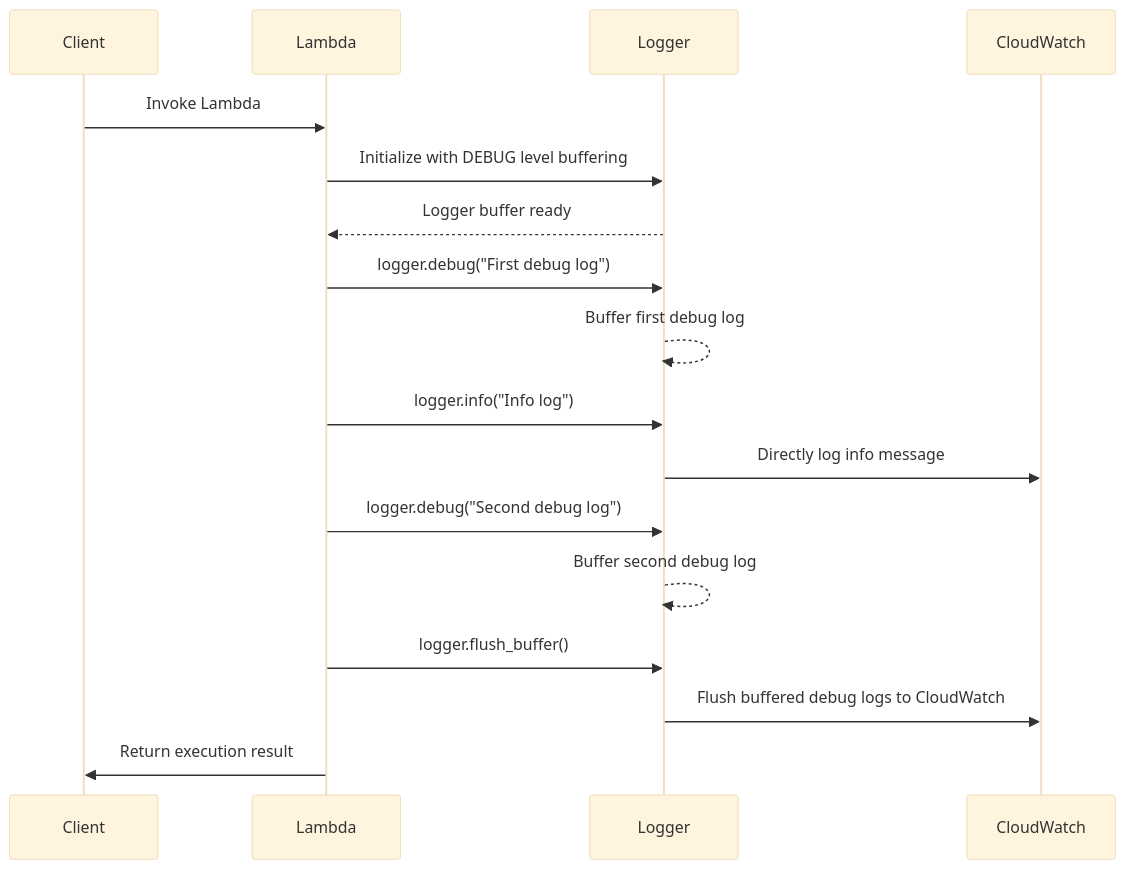
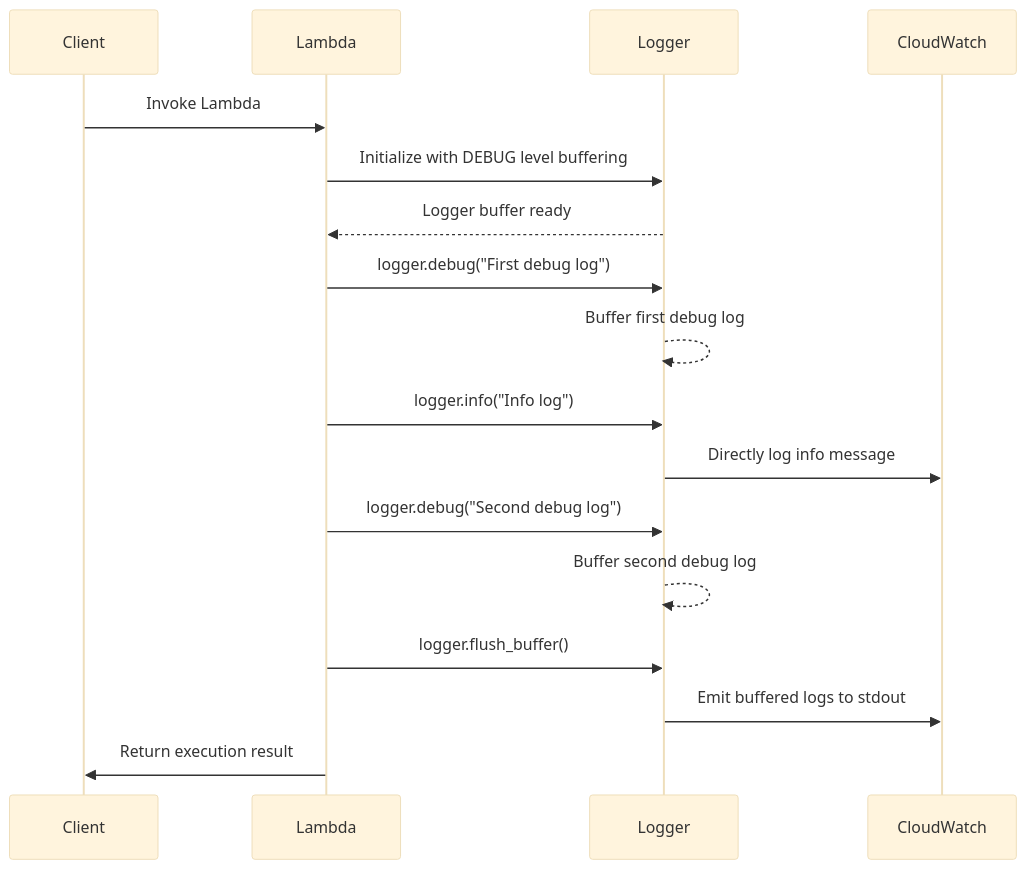
One commit to aws-powertools/powertools-lambda-python changed the second of 5 diagrams in docs/core/logger.md. Above: the diagram before and after it, drawn with Mermaid (base theme). The commit also changed other lines of this file and 1 other file, not shown here.

````diff
--- a/docs/core/logger.md
+++ b/docs/core/logger.md
@@ -591,19 +591,19 @@
 ```mermaid
 sequenceDiagram
     participant Client
     participant Lambda
     participant Logger
     participant CloudWatch
     Client->>Lambda: Invoke Lambda
     Lambda->>Logger: Initialize with DEBUG level buffering
     Logger-->>Lambda: Logger buffer ready
     Lambda->>Logger: logger.debug("First debug log")
     Logger-->>Logger: Buffer first debug log
     Lambda->>Logger: logger.info("Info log")
     Logger->>CloudWatch: Directly log info message
     Lambda->>Logger: logger.debug("Second debug log")
     Logger-->>Logger: Buffer second debug log
     Lambda->>Logger: logger.flush_buffer()
-    Logger->>CloudWatch: Flush buffered debug logs to CloudWatch
+    Logger->>CloudWatch: Emit buffered logs to stdout
     Lambda->>Client: Return execution result
 ```
````
